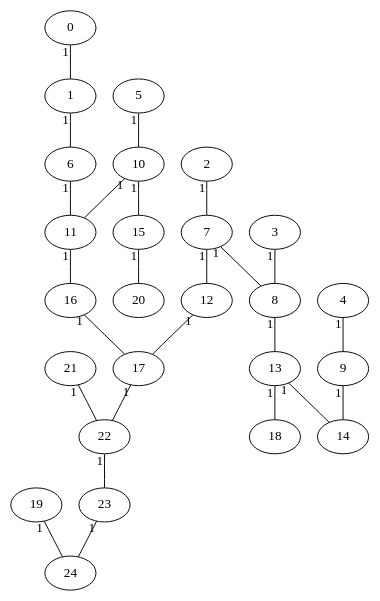
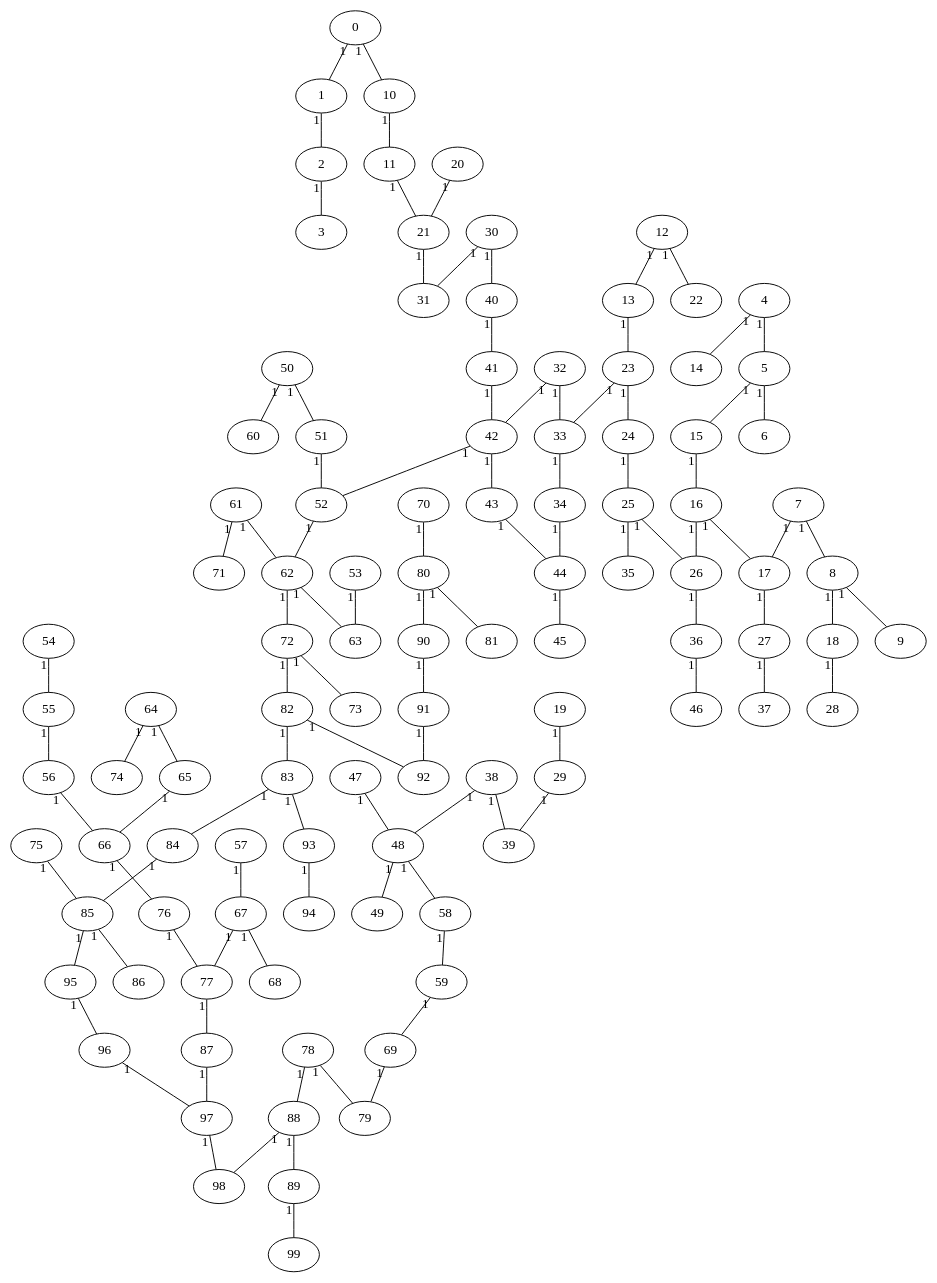
Before and after one commit to corentinckf/projetZ1: the diagram in parcours_graphe/mathieu/graph.dot, drawn with Graphviz. The commit also changed 7 other files, not shown here.

```diff
--- a/parcours_graphe/mathieu/graph.dot
+++ b/parcours_graphe/mathieu/graph.dot
@@ -1,28 +1,104 @@
 graph { 
 	0--1 [taillabel = "1"]
-	7--12 [taillabel = "1"]
-	21--22 [taillabel = "1"]
-	1--6 [taillabel = "1"]
-	6--11 [taillabel = "1"]
-	8--13 [taillabel = "1"]
-	17--22 [taillabel = "1"]
-	2--7 [taillabel = "1"]
+	75--85 [taillabel = "1"]
+	27--37 [taillabel = "1"]
+	33--34 [taillabel = "1"]
+	13--23 [taillabel = "1"]
+	19--29 [taillabel = "1"]
+	80--81 [taillabel = "1"]
+	24--25 [taillabel = "1"]
+	23--33 [taillabel = "1"]
+	47--48 [taillabel = "1"]
+	10--11 [taillabel = "1"]
+	18--28 [taillabel = "1"]
+	61--62 [taillabel = "1"]
+	95--96 [taillabel = "1"]
+	70--80 [taillabel = "1"]
+	93--94 [taillabel = "1"]
+	30--40 [taillabel = "1"]
+	85--95 [taillabel = "1"]
+	1--2 [taillabel = "1"]
+	12--22 [taillabel = "1"]
+	87--97 [taillabel = "1"]
+	41--42 [taillabel = "1"]
+	4--14 [taillabel = "1"]
+	62--72 [taillabel = "1"]
+	40--41 [taillabel = "1"]
+	85--86 [taillabel = "1"]
+	20--21 [taillabel = "1"]
+	15--16 [taillabel = "1"]
+	11--21 [taillabel = "1"]
+	32--33 [taillabel = "1"]
+	67--77 [taillabel = "1"]
+	26--36 [taillabel = "1"]
+	83--93 [taillabel = "1"]
+	55--56 [taillabel = "1"]
+	38--39 [taillabel = "1"]
+	65--66 [taillabel = "1"]
+	89--99 [taillabel = "1"]
+	80--90 [taillabel = "1"]
+	21--31 [taillabel = "1"]
+	16--17 [taillabel = "1"]
+	91--92 [taillabel = "1"]
+	25--26 [taillabel = "1"]
+	32--42 [taillabel = "1"]
+	84--85 [taillabel = "1"]
+	5--6 [taillabel = "1"]
+	38--48 [taillabel = "1"]
 	7--8 [taillabel = "1"]
-	13--18 [taillabel = "1"]
-	10--11 [taillabel = "1"]
-	19--24 [taillabel = "1"]
-	16--17 [taillabel = "1"]
-	5--10 [taillabel = "1"]
-	12--17 [taillabel = "1"]
-	9--14 [taillabel = "1"]
-	10--15 [taillabel = "1"]
-	13--14 [taillabel = "1"]
-	4--9 [taillabel = "1"]
-	22--23 [taillabel = "1"]
-	3--8 [taillabel = "1"]
+	44--45 [taillabel = "1"]
+	66--76 [taillabel = "1"]
+	97--98 [taillabel = "1"]
+	16--26 [taillabel = "1"]
+	76--77 [taillabel = "1"]
+	54--55 [taillabel = "1"]
+	62--63 [taillabel = "1"]
 	23--24 [taillabel = "1"]
-	15--20 [taillabel = "1"]
-	11--16 [taillabel = "1"]
+	5--15 [taillabel = "1"]
+	83--84 [taillabel = "1"]
+	56--66 [taillabel = "1"]
+	12--13 [taillabel = "1"]
+	77--87 [taillabel = "1"]
+	96--97 [taillabel = "1"]
+	2--3 [taillabel = "1"]
+	53--63 [taillabel = "1"]
+	57--67 [taillabel = "1"]
+	4--5 [taillabel = "1"]
+	82--92 [taillabel = "1"]
+	34--44 [taillabel = "1"]
+	88--98 [taillabel = "1"]
+	51--52 [taillabel = "1"]
+	48--49 [taillabel = "1"]
+	17--27 [taillabel = "1"]
+	25--35 [taillabel = "1"]
+	90--91 [taillabel = "1"]
+	52--62 [taillabel = "1"]
+	58--59 [taillabel = "1"]
+	30--31 [taillabel = "1"]
+	64--74 [taillabel = "1"]
+	0--10 [taillabel = "1"]
+	64--65 [taillabel = "1"]
+	50--60 [taillabel = "1"]
+	7--17 [taillabel = "1"]
+	78--79 [taillabel = "1"]
+	36--46 [taillabel = "1"]
+	72--73 [taillabel = "1"]
+	69--79 [taillabel = "1"]
+	78--88 [taillabel = "1"]
+	42--52 [taillabel = "1"]
+	61--71 [taillabel = "1"]
+	8--9 [taillabel = "1"]
+	48--58 [taillabel = "1"]
+	8--18 [taillabel = "1"]
+	29--39 [taillabel = "1"]
+	82--83 [taillabel = "1"]
+	72--82 [taillabel = "1"]
+	50--51 [taillabel = "1"]
+	59--69 [taillabel = "1"]
+	67--68 [taillabel = "1"]
+	42--43 [taillabel = "1"]
+	88--89 [taillabel = "1"]
+	43--44 [taillabel = "1"]
 	0
 	1
 	2
@@ -48,4 +124,79 @@
 	22
 	23
 	24
+	25
+	26
+	27
+	28
+	29
+	30
+	31
+	32
+	33
+	34
+	35
+	36
+	37
+	38
+	39
+	40
+	41
+	42
+	43
+	44
+	45
+	46
+	47
+	48
+	49
+	50
+	51
+	52
+	53
+	54
+	55
+	56
+	57
+	58
+	59
+	60
+	61
+	62
+	63
+	64
+	65
+	66
+	67
+	68
+	69
+	70
+	71
+	72
+	73
+	74
+	75
+	76
+	77
+	78
+	79
+	80
+	81
+	82
+	83
+	84
+	85
+	86
+	87
+	88
+	89
+	90
+	91
+	92
+	93
+	94
+	95
+	96
+	97
+	98
+	99
 } 
```
